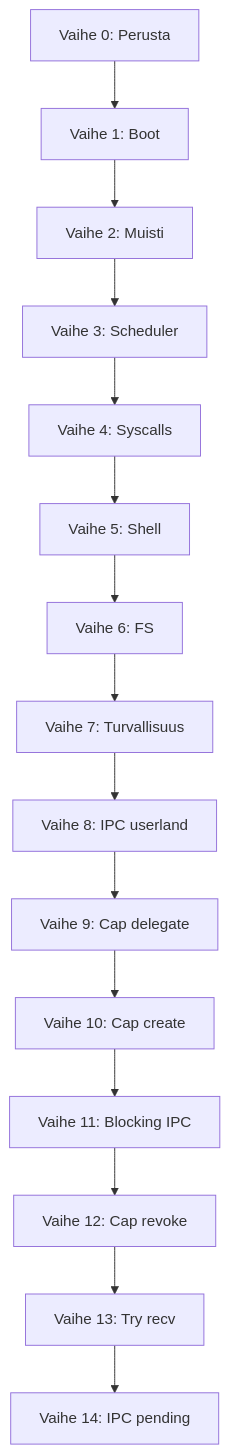
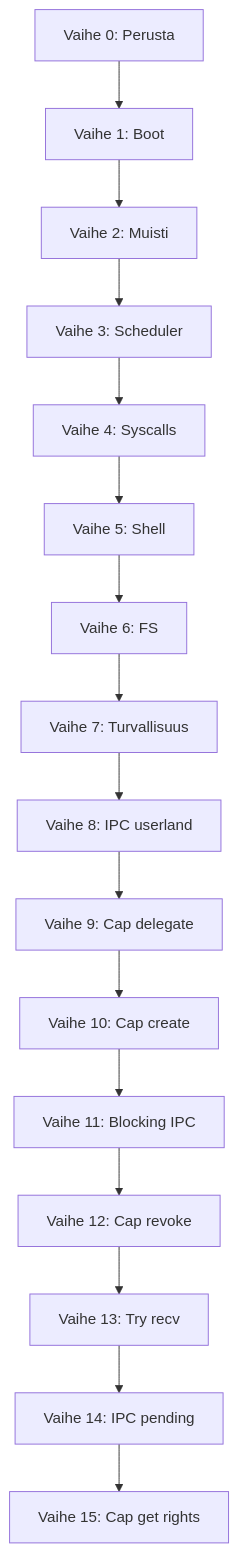
The diagram in docs/ROADMAP.md (Mikko-Huuskonen-Pro/Zinux), drawn with Mermaid before and after one commit. The commit also changed other lines of this file and 15 other files, not shown here.

````diff
--- a/docs/ROADMAP.md
+++ b/docs/ROADMAP.md
@@ -265,17 +282,18 @@
 ```mermaid
 graph TD
     V0[Vaihe 0: Perusta] --> V1[Vaihe 1: Boot]
     V1 --> V2[Vaihe 2: Muisti]
     V2 --> V3[Vaihe 3: Scheduler]
     V3 --> V4[Vaihe 4: Syscalls]
     V4 --> V5[Vaihe 5: Shell]
     V5 --> V6[Vaihe 6: FS]
     V6 --> V7[Vaihe 7: Turvallisuus]
     V7 --> V8[Vaihe 8: IPC userland]
     V8 --> V9[Vaihe 9: Cap delegate]
     V9 --> V10[Vaihe 10: Cap create]
     V10 --> V11[Vaihe 11: Blocking IPC]
     V11 --> V12[Vaihe 12: Cap revoke]
     V12 --> V13[Vaihe 13: Try recv]
     V13 --> V14[Vaihe 14: IPC pending]
+    V14 --> V15[Vaihe 15: Cap get rights]
 ```
````
